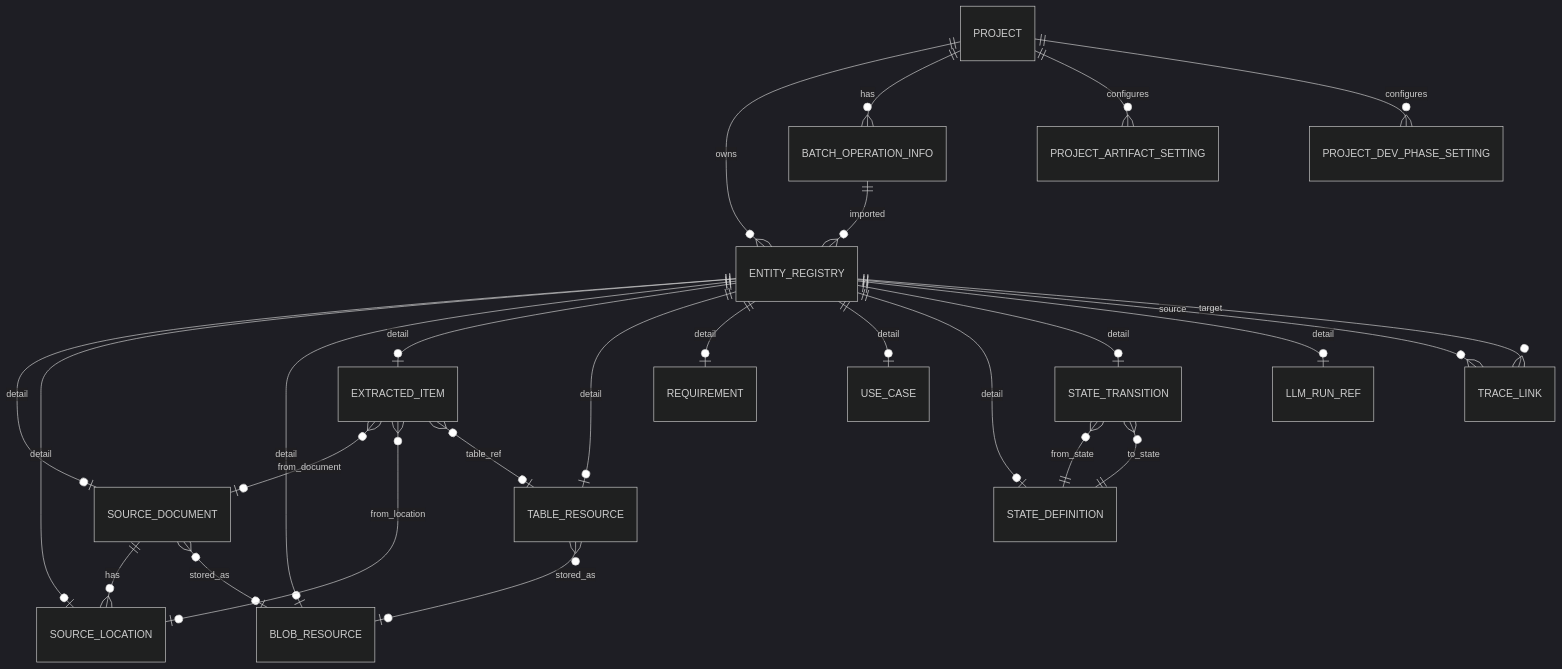
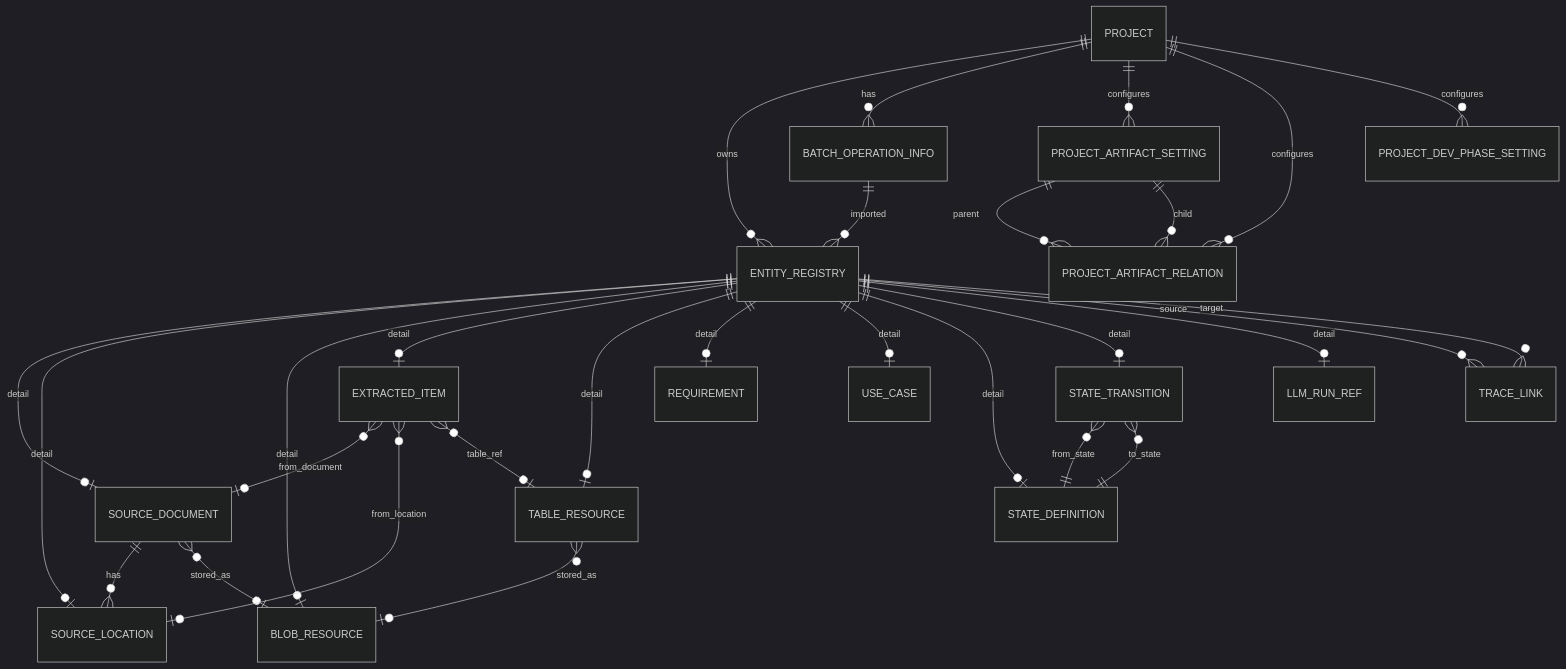
One commit to kfuruichi0920/d2d changed the diagram in docs/sdd_data_structure.md. Above: the diagram before and after it, drawn with Mermaid (dark theme). The commit also changed other lines of this file, not shown here.

Commit message:
feat: 成果物設定同士の親子関係を管理するproject_artifact_relationテーブルを追加

````diff
--- a/docs/sdd_data_structure.md
+++ b/docs/sdd_data_structure.md
@@ -78,33 +79,36 @@
 ```mermaid
 erDiagram
     PROJECT ||--o{ ENTITY_REGISTRY : owns
     PROJECT ||--o{ BATCH_OPERATION_INFO : has
     PROJECT ||--o{ PROJECT_ARTIFACT_SETTING : configures
+    PROJECT ||--o{ PROJECT_ARTIFACT_RELATION : configures
     PROJECT ||--o{ PROJECT_DEV_PHASE_SETTING : configures
+    PROJECT_ARTIFACT_SETTING ||--o{ PROJECT_ARTIFACT_RELATION : parent
+    PROJECT_ARTIFACT_SETTING ||--o{ PROJECT_ARTIFACT_RELATION : child
 
     ENTITY_REGISTRY ||--o| SOURCE_DOCUMENT : detail
     ENTITY_REGISTRY ||--o| SOURCE_LOCATION : detail
     ENTITY_REGISTRY ||--o| BLOB_RESOURCE : detail
     ENTITY_REGISTRY ||--o| EXTRACTED_ITEM : detail
     ENTITY_REGISTRY ||--o| TABLE_RESOURCE : detail
     ENTITY_REGISTRY ||--o| REQUIREMENT : detail
     ENTITY_REGISTRY ||--o| USE_CASE : detail
     ENTITY_REGISTRY ||--o| STATE_DEFINITION : detail
     ENTITY_REGISTRY ||--o| STATE_TRANSITION : detail
     ENTITY_REGISTRY ||--o| LLM_RUN_REF : detail
 
     SOURCE_DOCUMENT ||--o{ SOURCE_LOCATION : has
     SOURCE_DOCUMENT }o--o| BLOB_RESOURCE : stored_as
     BATCH_OPERATION_INFO ||--o{ ENTITY_REGISTRY : imported
 
     EXTRACTED_ITEM }o--o| SOURCE_DOCUMENT : from_document
     EXTRACTED_ITEM }o--o| SOURCE_LOCATION : from_location
     EXTRACTED_ITEM }o--o| TABLE_RESOURCE : table_ref
     TABLE_RESOURCE }o--o| BLOB_RESOURCE : stored_as
 
     STATE_TRANSITION }o--|| STATE_DEFINITION : from_state
     STATE_TRANSITION }o--|| STATE_DEFINITION : to_state
 
     ENTITY_REGISTRY ||--o{ TRACE_LINK : source
     ENTITY_REGISTRY ||--o{ TRACE_LINK : target
 ```
````
